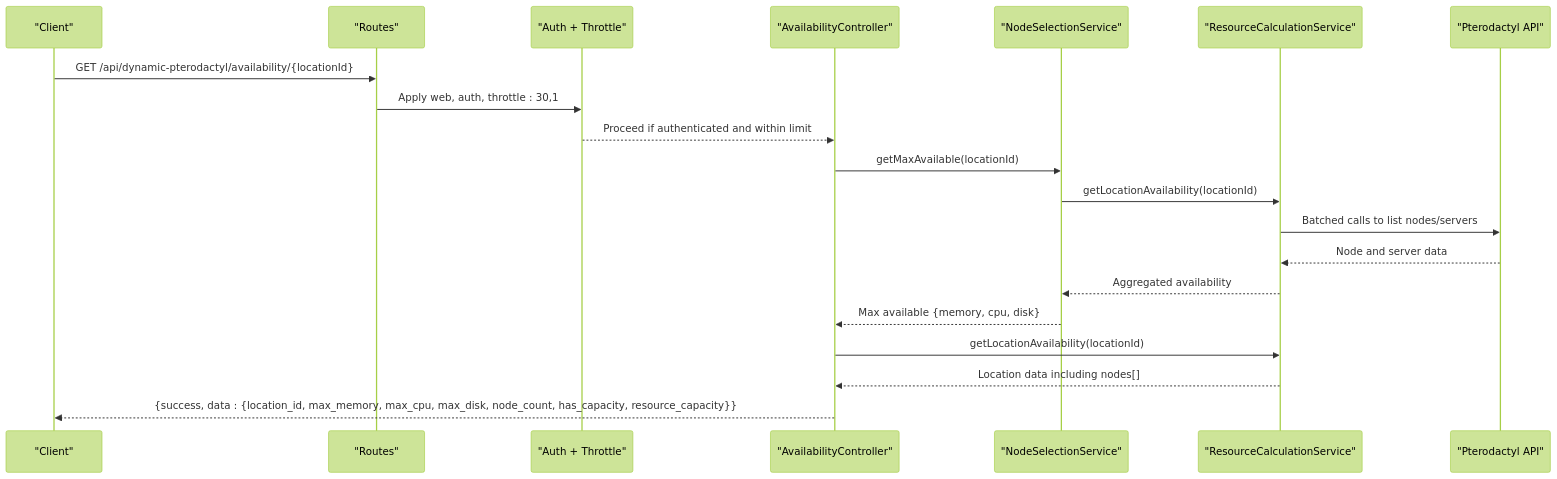
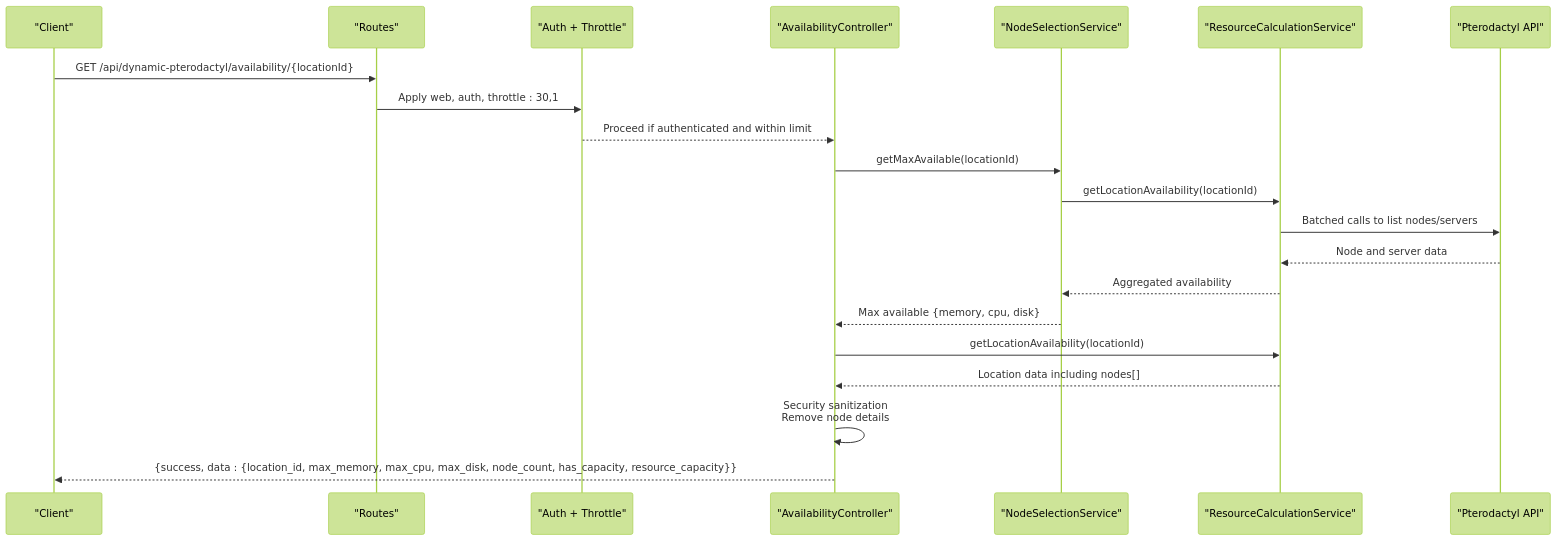
Before and after one commit to ObsidianNetwork/dynamic-pterodactyl: the second of 5 diagrams in .qoder/repowiki/en/content/API Reference/Public API Endpoints/Availability Endpoints.md, drawn with Mermaid (forest theme). The commit also changed other lines of this file and 1 other file, not shown here.

Commit message:
docs: refresh availability security wiki

````diff
--- a/.qoder/repowiki/en/content/API Reference/Public API Endpoints/Availability Endpoints.md
+++ b/.qoder/repowiki/en/content/API Reference/Public API Endpoints/Availability Endpoints.md
@@ -76,22 +88,23 @@
 ```mermaid
 sequenceDiagram
 participant C as "Client"
 participant R as "Routes"
 participant M as "Auth + Throttle"
 participant A as "AvailabilityController"
 participant N as "NodeSelectionService"
 participant S as "ResourceCalculationService"
 participant P as "Pterodactyl API"
 C->>R : GET /api/dynamic-pterodactyl/availability/{locationId}
 R->>M : Apply web, auth, throttle : 30,1
 M-->>A : Proceed if authenticated and within limit
 A->>N : getMaxAvailable(locationId)
 N->>S : getLocationAvailability(locationId)
 S->>P : Batched calls to list nodes/servers
 P-->>S : Node and server data
 S-->>N : Aggregated availability
 N-->>A : Max available {memory, cpu, disk}
 A->>S : getLocationAvailability(locationId)
 S-->>A : Location data including nodes[]
+A->>A : Security sanitization<br/>Remove node details
 A-->>C : {success, data : {location_id, max_memory, max_cpu, max_disk, node_count, has_capacity, resource_capacity}}
 ```
````
